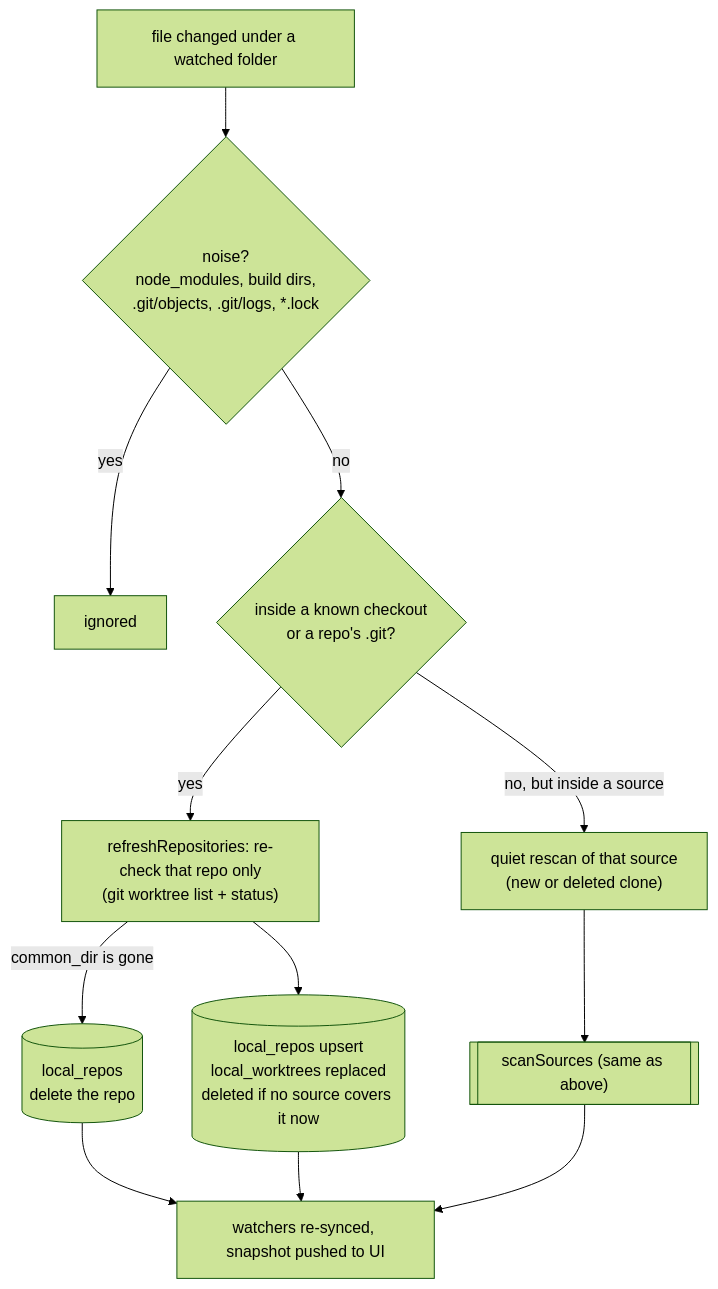
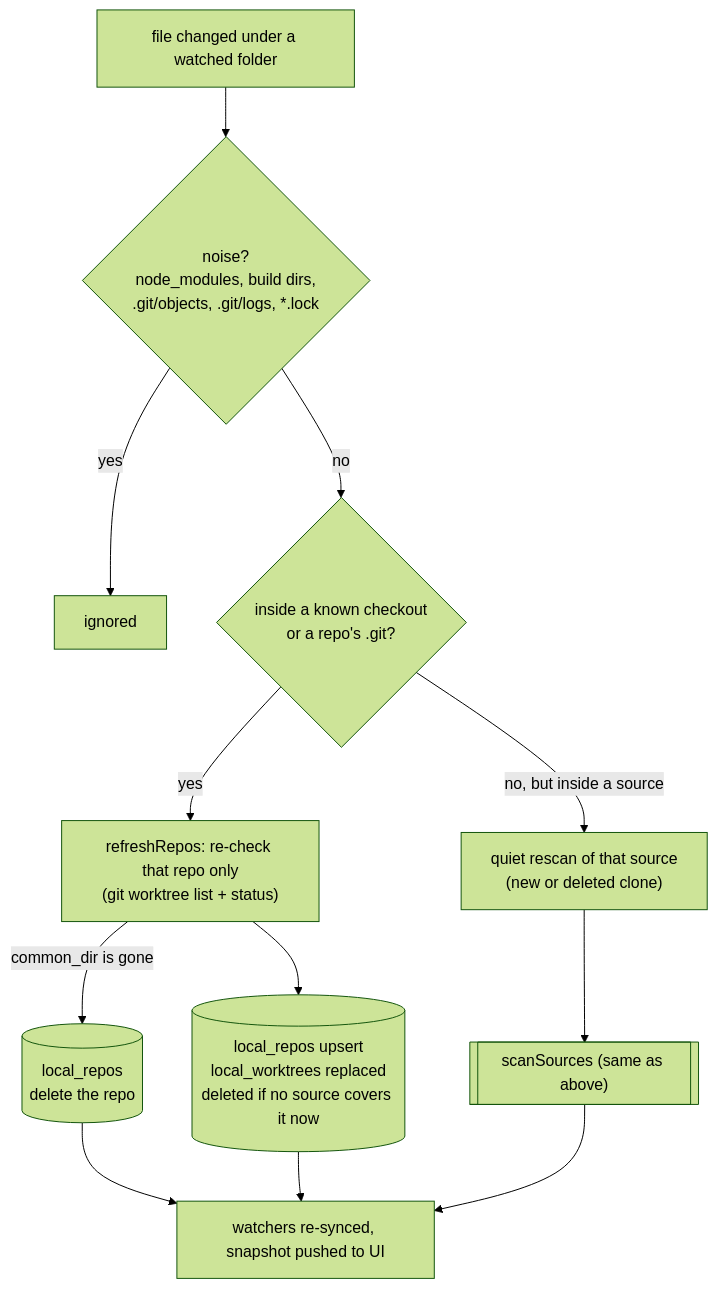
The third of 3 diagrams in src/main/local-repos/db/tables/README.md (idotalmor/the-garage-desktop-rn), drawn with Mermaid (forest theme) before and after one commit. The commit also changed other lines of this file and 25 other files, not shown here.

````diff
--- a/src/main/local-repos/db/tables/README.md
+++ b/src/main/local-repos/db/tables/README.md
@@ -122,14 +122,14 @@
 ```mermaid
 flowchart TD
   W[file changed under a watched folder] --> N{"noise?<br/>node_modules, build dirs,<br/>.git/objects, .git/logs, *.lock"}
   N -- yes --> X[ignored]
   N -- no --> K{"inside a known checkout<br/>or a repo's .git?"}
-  K -- yes --> R["refreshRepositories: re-check that repo only<br/>(git worktree list + status)"]
+  K -- yes --> R["refreshRepos: re-check that repo only<br/>(git worktree list + status)"]
   R --> R1[(local_repos upsert<br/>local_worktrees replaced<br/>deleted if no source covers it now)]
   R -- common_dir is gone --> D[(local_repos<br/>delete the repo)]
   D --> U
   K -- no, but inside a source --> S["quiet rescan of that source<br/>(new or deleted clone)"]
   S --> I[["scanSources (same as above)"]]
   R1 --> U[watchers re-synced, snapshot pushed to UI]
   I --> U
 ```
````
